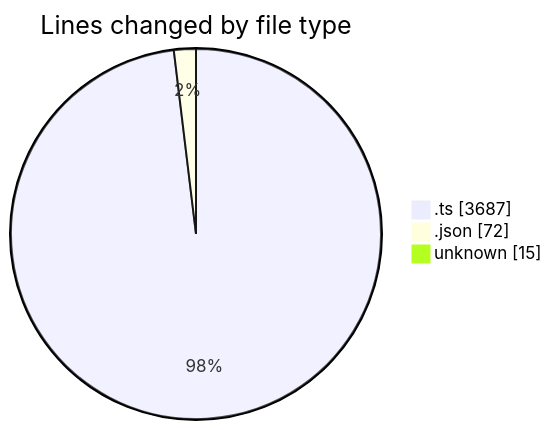
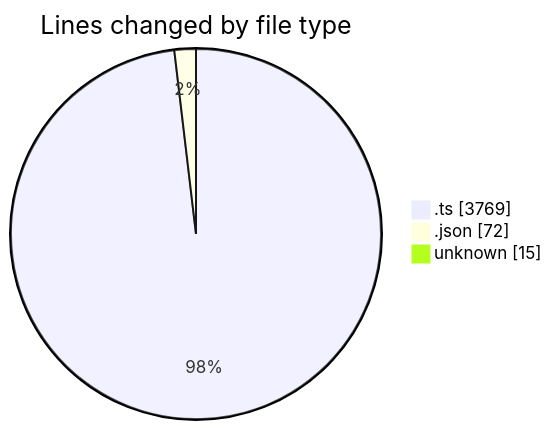
Before and after one commit to lephambinh05/code-tracking: the first of 2 diagrams in 2025-09-10/hiai-phf/README.md, drawn with Mermaid. The commit also changed other lines of this file and 1 other file, not shown here.

````diff
--- a/2025-09-10/hiai-phf/README.md
+++ b/2025-09-10/hiai-phf/README.md
@@ -29,7 +29,7 @@
 ```mermaid
 pie showData
 title Lines changed by file type
-".ts" : 3687
+".ts" : 3769
 ".json" : 72
 "unknown" : 15
 ```
````
